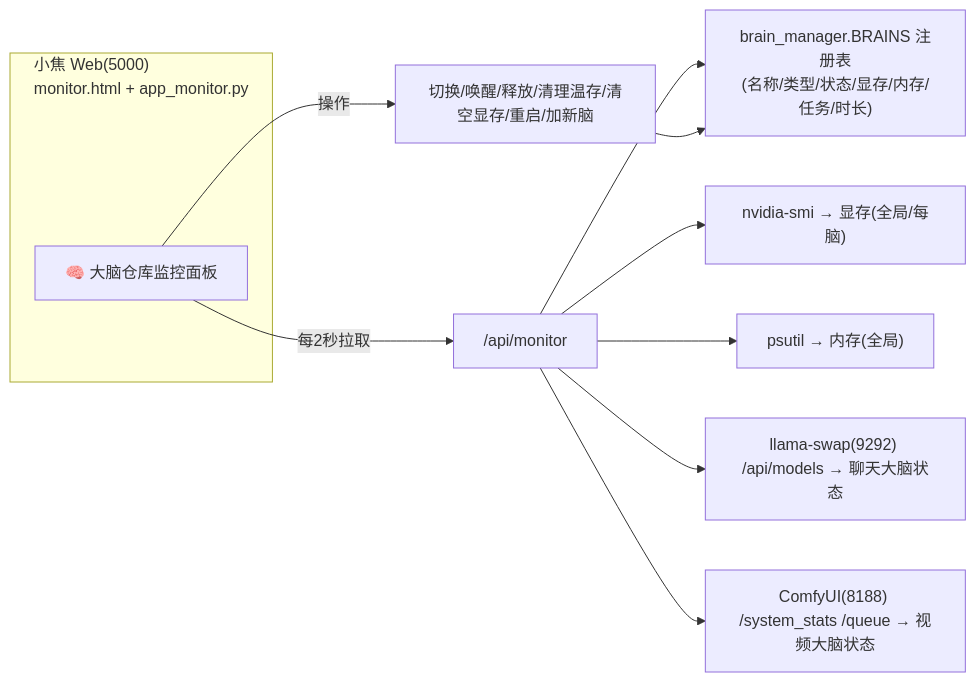
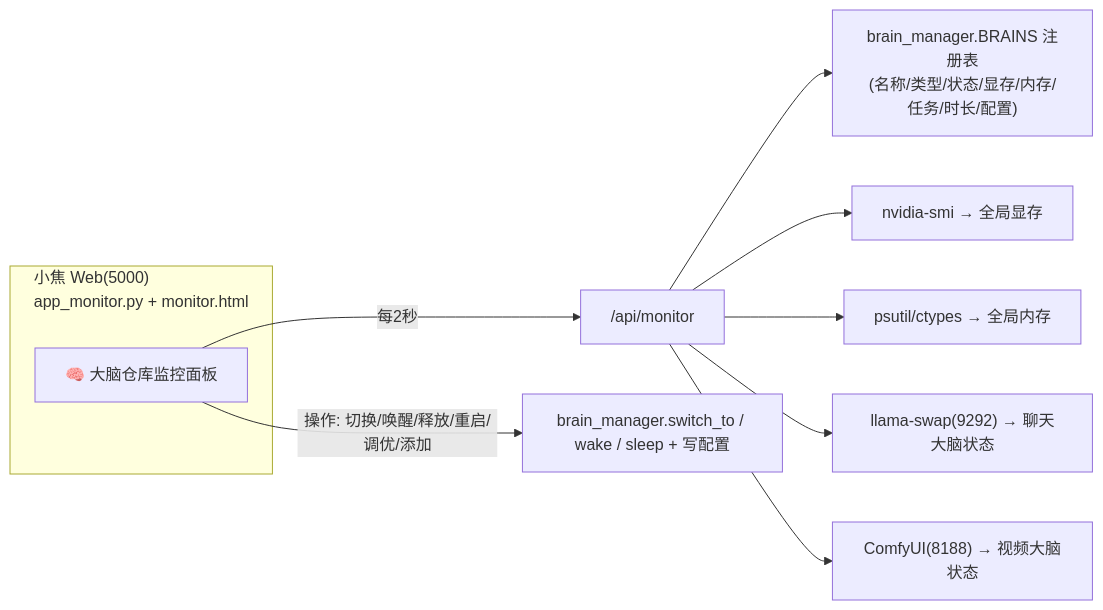
One commit to jiangchuangege/xiaojiao-harness changed the diagram in docs/monitor.md. Above: the diagram before and after it, drawn with Mermaid. The commit also changed other lines of this file, not shown here.

Commit message:
docs: 大脑仓库监控面板介绍文档(docs/monitor.md原理图/原理/功能/对接)+README加监控行与章节(入口/monitor)

````diff
--- a/docs/monitor.md
+++ b/docs/monitor.md
@@ -5,14 +7,13 @@
 ```mermaid
 flowchart LR
-    subgraph XJ["小焦 Web(5000) <br/>monitor.html + app_monitor.py"]
+    subgraph XJ["小焦 Web(5000) <br/> app_monitor.py + monitor.html"]
         A["🧠 大脑仓库监控面板"]
     end
-    A -->|每2秒拉取| B["/api/monitor"]
-    B --> C["brain_manager.BRAINS 注册表<br/>(名称/类型/状态/显存/内存/任务/时长)"]
-    B --> D["nvidia-smi → 显存(全局/每脑)"]
-    B --> E["psutil → 内存(全局)"]
-    B --> F["llama-swap(9292) /api/models → 聊天大脑状态"]
-    B --> G["ComfyUI(8188) /system_stats /queue → 视频大脑状态"]
-    A -->|操作| H["切换/唤醒/释放/清理温存/清空显存/重启/加新脑"]
-    H --> C
+    A -->|每2秒| B["/api/monitor"]
+    B --> C["brain_manager.BRAINS 注册表<br/>(名称/类型/状态/显存/内存/任务/时长/配置)"]
+    B --> D["nvidia-smi → 全局显存"]
+    B --> E["psutil/ctypes → 全局内存"]
+    B --> F["llama-swap(9292) → 聊天大脑状态"]
+    B --> G["ComfyUI(8188) → 视频大脑状态"]
+    A -->|操作: 切换/唤醒/释放/重启/调优/添加| H["brain_manager.switch_to / wake / sleep + 写配置"]
 ```
````
